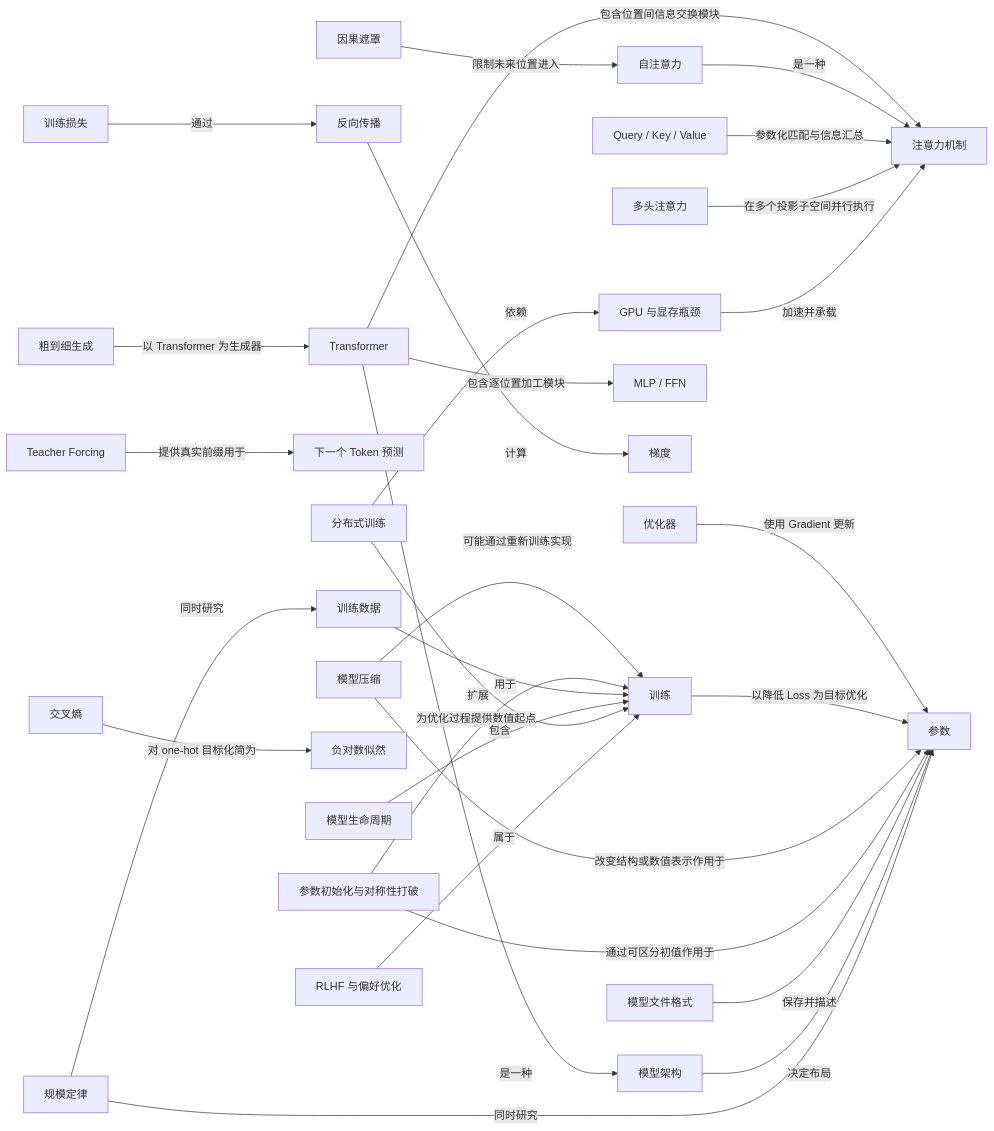
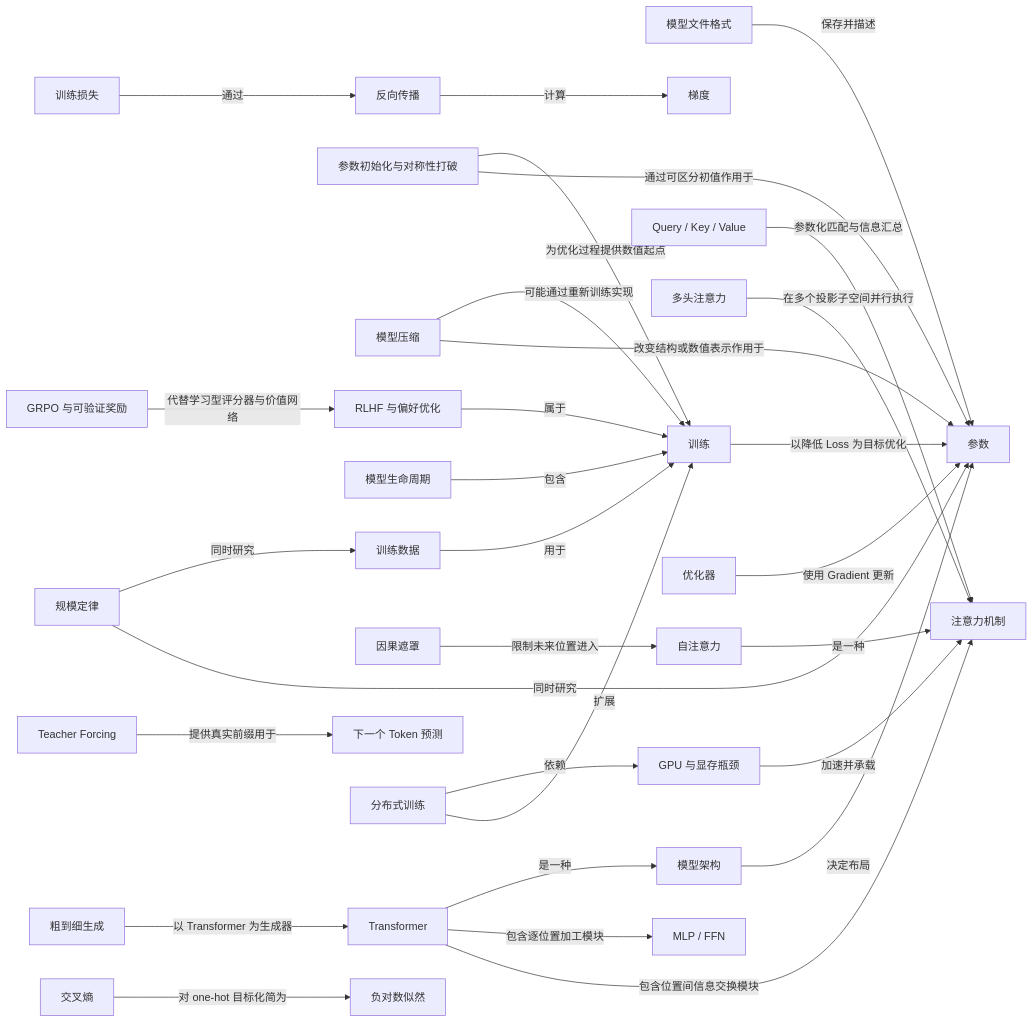
Before and after one commit to z-Zihan/LLM-101: the second of 10 diagrams in 知识网络.md, drawn with Mermaid. The commit also changed other lines of this file and 5 other files, not shown here.

````diff
--- a/知识网络.md
+++ b/知识网络.md
@@ -230,59 +231,61 @@
 ```mermaid
 flowchart LR
     n_parameter["参数"]
     n_training_data["训练数据"]
     n_symmetry_breaking["参数初始化与对称性打破"]
     n_model_file_format["模型文件格式"]
     n_model_compression["模型压缩"]
     n_coarse_to_fine_generation["粗到细生成"]
     n_next_token_prediction["下一个 Token 预测"]
     n_model_lifecycle["模型生命周期"]
     n_architecture["模型架构"]
     n_transformer["Transformer"]
     n_attention["注意力机制"]
     n_self_attention["自注意力"]
     n_qkv["Query / Key / Value"]
     n_causal_mask["因果遮罩"]
     n_multi_head_attention["多头注意力"]
     n_mlp["MLP / FFN"]
     n_nll["负对数似然"]
     n_cross_entropy["交叉熵"]
     n_teacher_forcing["Teacher Forcing"]
     n_loss["训练损失"]
     n_backpropagation["反向传播"]
     n_gradient["梯度"]
     n_optimizer["优化器"]
     n_training["训练"]
     n_scaling_laws["规模定律"]
     n_gpu_compute["GPU 与显存瓶颈"]
     n_distributed_training["分布式训练"]
     n_preference_alignment["RLHF 与偏好优化"]
+    n_verifiable_reward_rl["GRPO 与可验证奖励"]
     n_transformer -->|"包含位置间信息交换模块"| n_attention
     n_transformer -->|"包含逐位置加工模块"| n_mlp
     n_self_attention -->|"是一种"| n_attention
     n_qkv -->|"参数化匹配与信息汇总"| n_attention
     n_causal_mask -->|"限制未来位置进入"| n_self_attention
     n_multi_head_attention -->|"在多个投影子空间并行执行"| n_attention
     n_cross_entropy -->|"对 one-hot 目标化简为"| n_nll
     n_teacher_forcing -->|"提供真实前缀用于"| n_next_token_prediction
     n_loss -->|"通过"| n_backpropagation
     n_backpropagation -->|"计算"| n_gradient
     n_optimizer -->|"使用 Gradient 更新"| n_parameter
     n_training -->|"以降低 Loss 为目标优化"| n_parameter
     n_model_compression -->|"改变结构或数值表示作用于"| n_parameter
     n_model_compression -->|"可能通过重新训练实现"| n_training
     n_symmetry_breaking -->|"通过可区分初值作用于"| n_parameter
     n_symmetry_breaking -->|"为优化过程提供数值起点"| n_training
     n_model_file_format -->|"保存并描述"| n_parameter
     n_architecture -->|"决定布局"| n_parameter
     n_transformer -->|"是一种"| n_architecture
     n_training_data -->|"用于"| n_training
     n_model_lifecycle -->|"包含"| n_training
     n_scaling_laws -->|"同时研究"| n_parameter
     n_scaling_laws -->|"同时研究"| n_training_data
     n_gpu_compute -->|"加速并承载"| n_attention
     n_distributed_training -->|"扩展"| n_training
     n_distributed_training -->|"依赖"| n_gpu_compute
     n_preference_alignment -->|"属于"| n_training
+    n_verifiable_reward_rl -->|"代替学习型评分器与价值网络"| n_preference_alignment
     n_coarse_to_fine_generation -->|"以 Transformer 为生成器"| n_transformer
 ```
````
